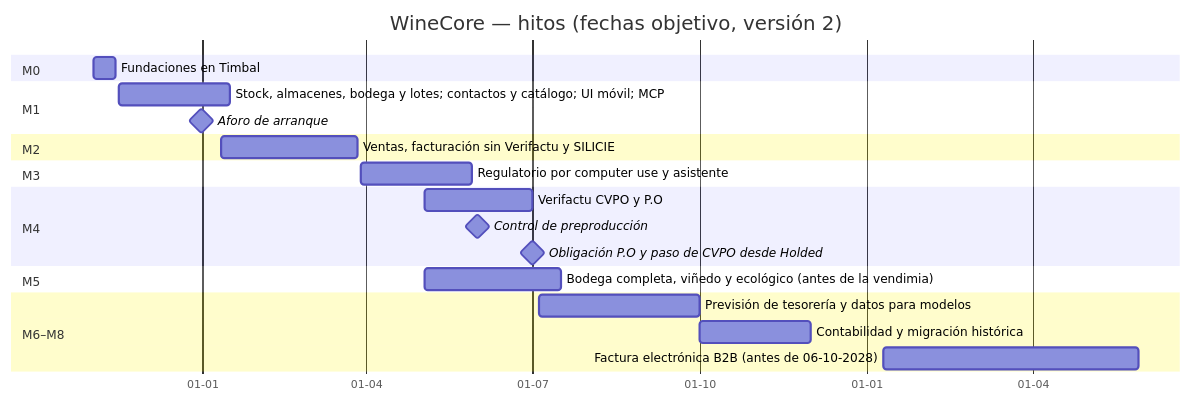
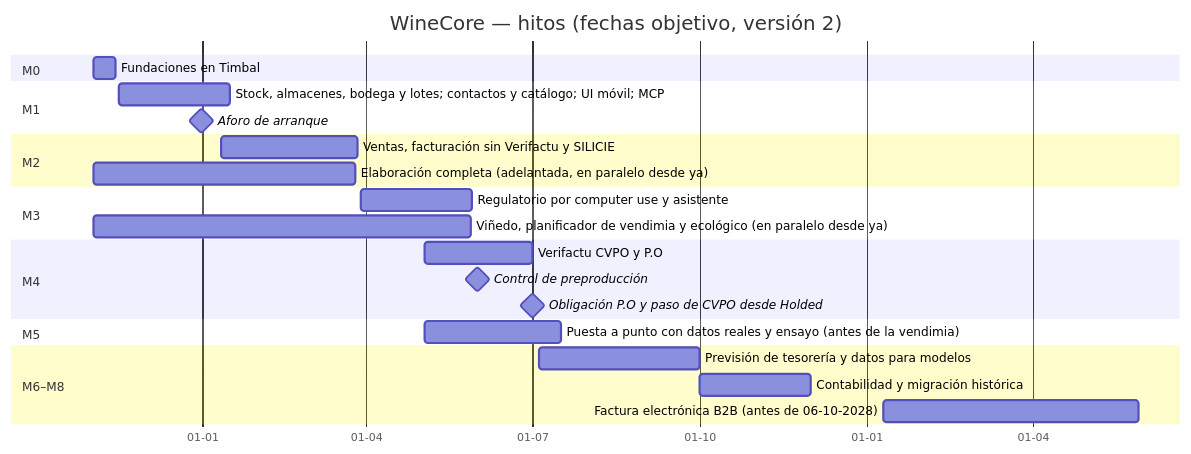
The diagram in docs/09-roadmap.md (pedrolivaresanchez/winecore), drawn with Mermaid before and after one commit. The commit also changed other lines of this file and 26 other files, not shown here.

````diff
--- a/docs/09-roadmap.md
+++ b/docs/09-roadmap.md
@@ -7,25 +7,27 @@
 ```mermaid
 gantt
   dateFormat  YYYY-MM-DD
   axisFormat  %d-%m
   title WineCore — hitos (fechas objetivo, versión 2)
   section M0
   Fundaciones en Timbal                     :m0, 2026-11-02, 12d
   section M1
   Stock, almacenes, bodega y lotes; contactos y catálogo; UI móvil; MCP :m1, 2026-11-16, 61d
   Aforo de arranque                         :milestone, a1, 2026-12-31, 0d
   section M2
   Ventas, facturación sin Verifactu y SILICIE :m2, 2027-01-11, 75d
+  Elaboración completa (adelantada, en paralelo desde ya) :m2e, 2026-11-02, 144d
   section M3
   Regulatorio por computer use y asistente  :m3, 2027-03-29, 61d
+  Viñedo, planificador de vendimia y ecológico (en paralelo desde ya) :m3v, 2026-11-02, 207d
   section M4
   Verifactu CVPO y P.O                      :m4, 2027-05-03, 59d
   Control de preproducción                  :milestone, g4, 2027-06-01, 0d
   Obligación P.O y paso de CVPO desde Holded :milestone, g5, 2027-07-01, 0d
   section M5
-  Bodega completa, viñedo y ecológico (antes de la vendimia) :m5, 2027-05-03, 75d
+  Puesta a punto con datos reales y ensayo (antes de la vendimia) :m5, 2027-05-03, 75d
   section M6–M8
   Previsión de tesorería y datos para modelos :m6, 2027-07-05, 88d
   Contabilidad y migración histórica        :m7, 2027-10-01, 61d
   Factura electrónica B2B (antes de 06-10-2028) :m8, 2028-01-10, 140d
 ```
````
